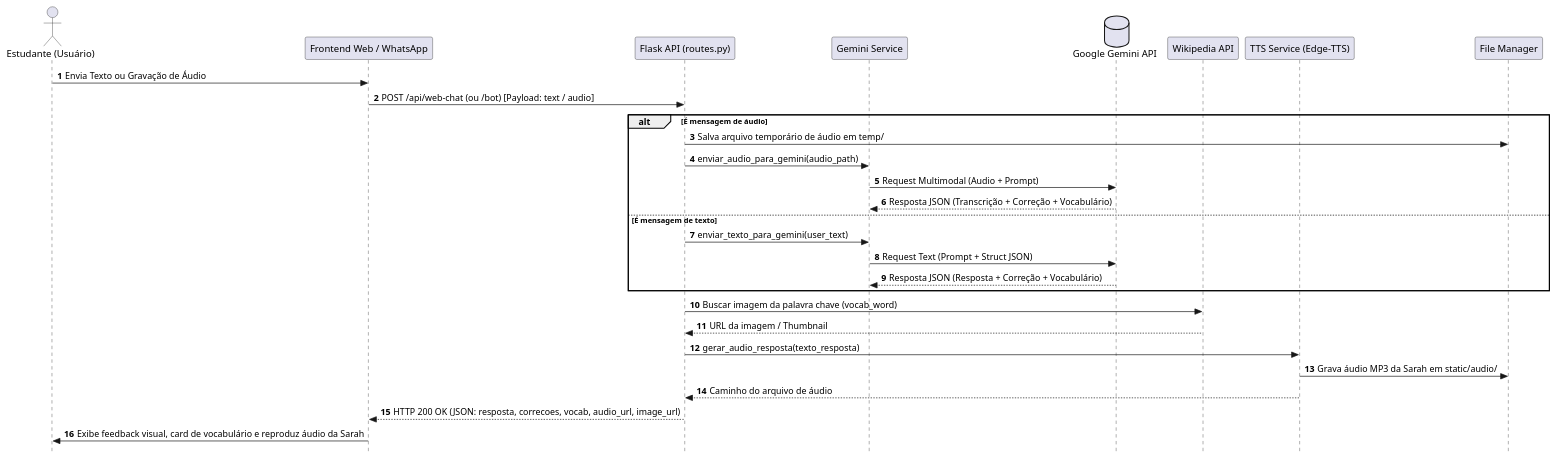
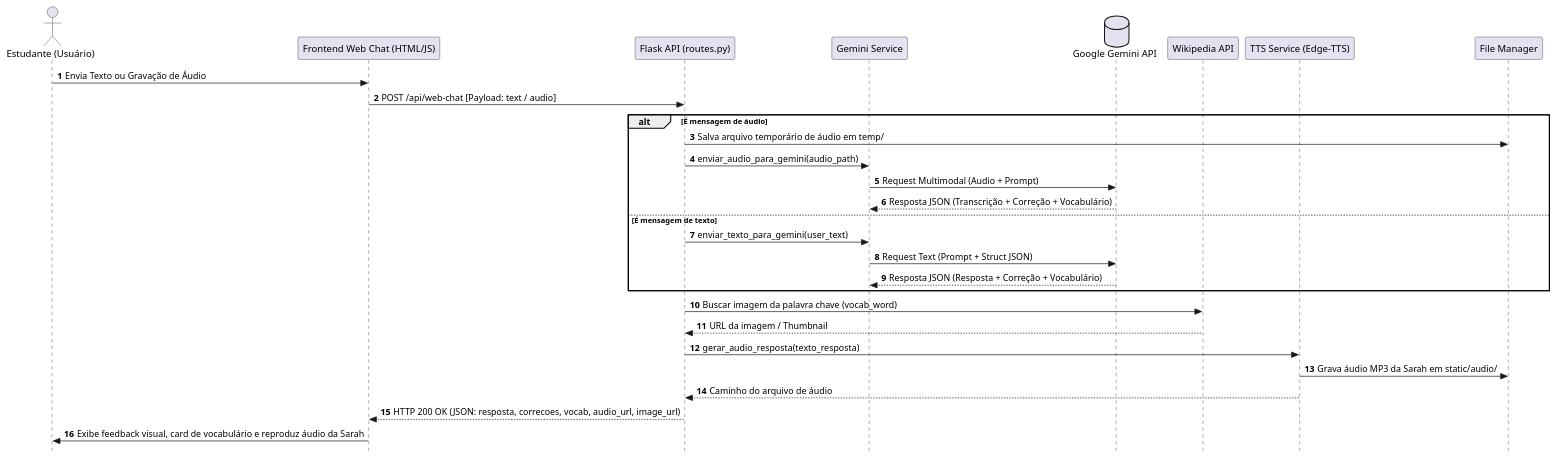
Before and after one commit to MATHEUS111JUNDIAI/bot-ingles: the diagram in docs/diagrams/sequence_diagram.puml, drawn with PlantUML. The commit also changed 11 other files, not shown here.

Commit message:
refactor: remove legacy whatsapp twilio code and update diagrams to 100% web architecture

```diff
--- a/docs/diagrams/sequence_diagram.puml
+++ b/docs/diagrams/sequence_diagram.puml
@@ -1,38 +1,38 @@
 @startuml Sequence_Diagram_Teacher_Sarah
 skinparam style strictuml
 autonumber
 
 actor "Estudante (Usuário)" as User
-participant "Frontend Web / WhatsApp" as Client
+participant "Frontend Web Chat (HTML/JS)" as Client
 participant "Flask API (routes.py)" as API
 participant "Gemini Service" as Gemini
 database "Google Gemini API" as GeminiAPI
 participant "Wikipedia API" as Wiki
 participant "TTS Service (Edge-TTS)" as TTS
 participant "File Manager" as FM
 
 User -> Client: Envia Texto ou Gravação de Áudio
-Client -> API: POST /api/web-chat (ou /bot) [Payload: text / audio]
+Client -> API: POST /api/web-chat [Payload: text / audio]
 
 alt É mensagem de áudio
     API -> FM: Salva arquivo temporário de áudio em temp/
     API -> Gemini: enviar_audio_para_gemini(audio_path)
     Gemini -> GeminiAPI: Request Multimodal (Audio + Prompt)
     GeminiAPI --> Gemini: Resposta JSON (Transcrição + Correção + Vocabulário)
 else É mensagem de texto
     API -> Gemini: enviar_texto_para_gemini(user_text)
     Gemini -> GeminiAPI: Request Text (Prompt + Struct JSON)
     GeminiAPI --> Gemini: Resposta JSON (Resposta + Correção + Vocabulário)
 end
 
 API -> Wiki: Buscar imagem da palavra chave (vocab_word)
 Wiki --> API: URL da imagem / Thumbnail
 
 API -> TTS: gerar_audio_resposta(texto_resposta)
 TTS -> FM: Grava áudio MP3 da Sarah em static/audio/
 TTS --> API: Caminho do arquivo de áudio
 
 API --> Client: HTTP 200 OK (JSON: resposta, correcoes, vocab, audio_url, image_url)
 Client -> User: Exibe feedback visual, card de vocabulário e reproduz áudio da Sarah
 
 @enduml
```
